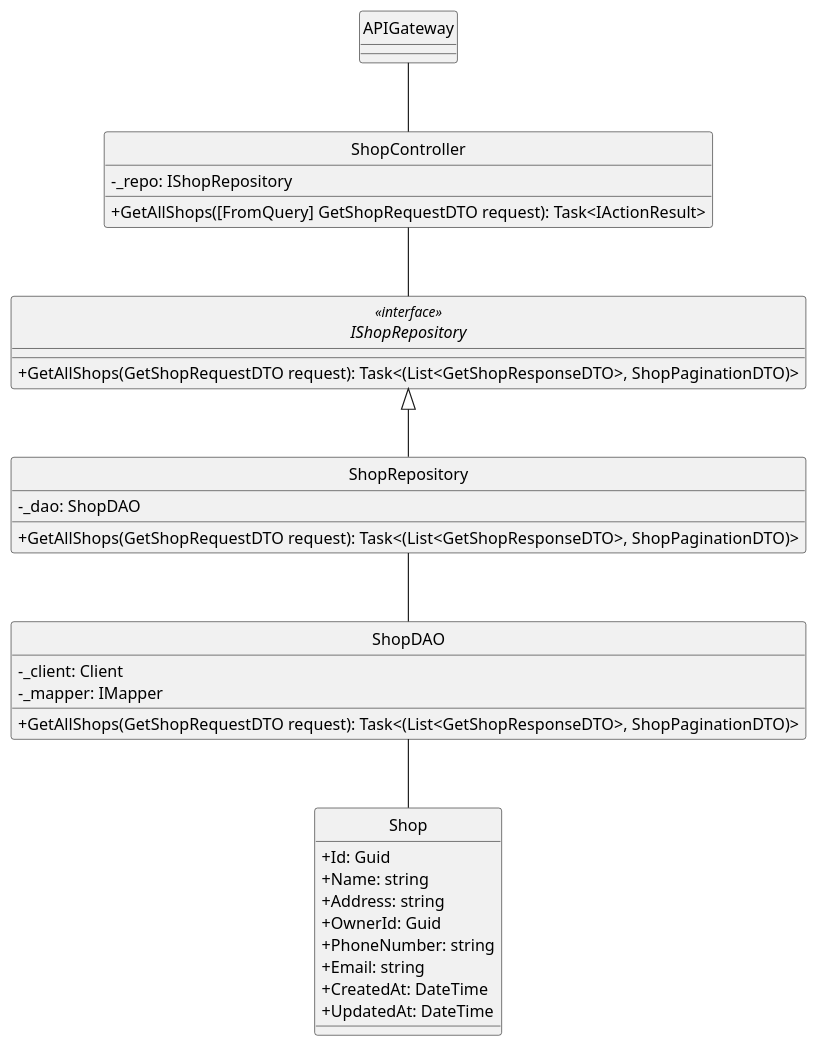
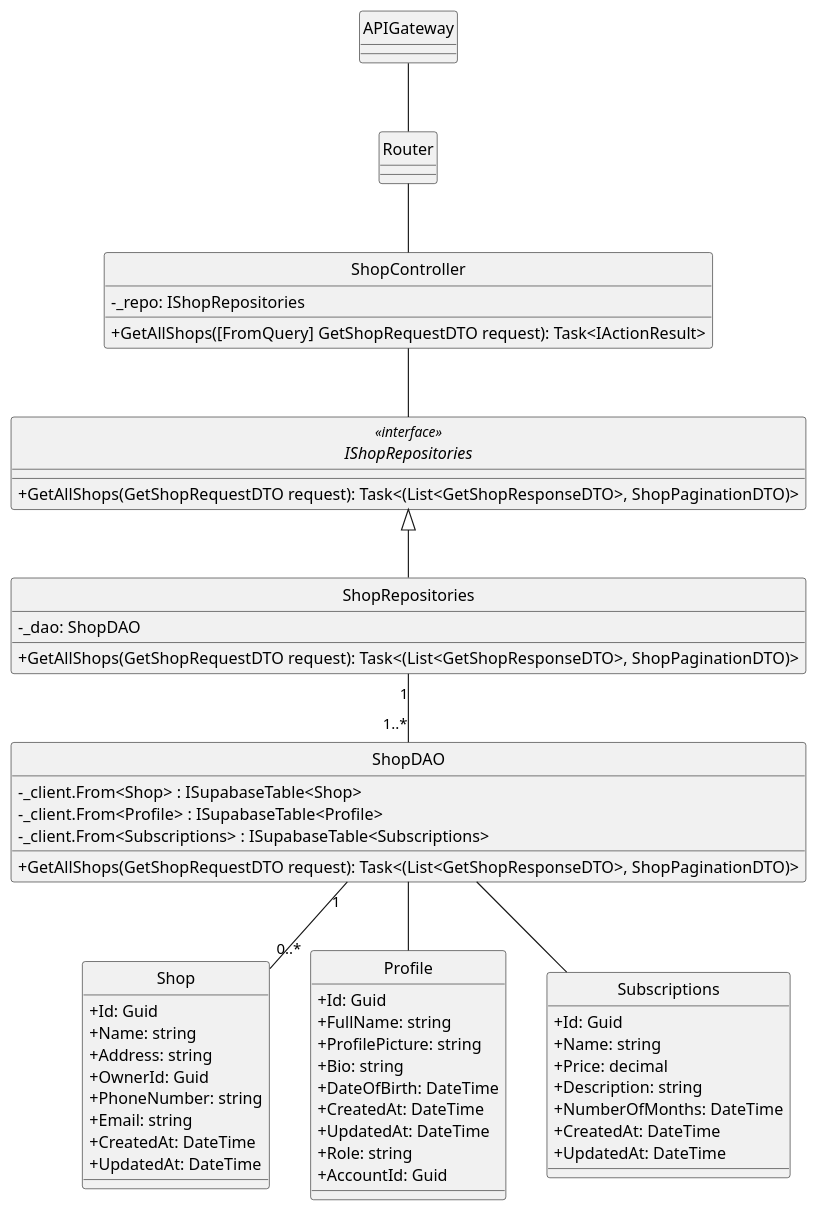
The diagram in docs/ClassDiagram/Shop/GetAllShops.plantuml (minhnhut23/FPT-OBOMS), drawn with PlantUML before and after one commit. The commit also changed 9 other files, not shown here.

```diff
--- a/docs/ClassDiagram/Shop/GetAllShops.plantuml
+++ b/docs/ClassDiagram/Shop/GetAllShops.plantuml
@@ -1,49 +1,77 @@
 @startuml
 hide circle
 skinparam classAttributeIconSize 0
 
 class APIGateway {
 }
 
+class Router {
+}
+
 class ShopController {
-    - _repo: IShopRepository
+    - _repo: IShopRepositories
     + GetAllShops([FromQuery] GetShopRequestDTO request): Task<IActionResult>
 }
 
 ' Repository Interface
-interface IShopRepository<<interface>> {
+interface IShopRepositories<<interface>> {
     + GetAllShops(GetShopRequestDTO request): Task<(List<GetShopResponseDTO>, ShopPaginationDTO)>
 }
 
 ' Repository Implementation
-class ShopRepository {
+class ShopRepositories {
     - _dao: ShopDAO
     + GetAllShops(GetShopRequestDTO request): Task<(List<GetShopResponseDTO>, ShopPaginationDTO)>
 }
 
 ' Data Access Object
 class ShopDAO {
-    - _client: Client
-    - _mapper: IMapper
+    - _client.From<Shop> : ISupabaseTable<Shop>
+    - _client.From<Profile> : ISupabaseTable<Profile>
+    - _client.From<Subscriptions> : ISupabaseTable<Subscriptions>
     + GetAllShops(GetShopRequestDTO request): Task<(List<GetShopResponseDTO>, ShopPaginationDTO)>
 }
 
 ' Domain Model
 class Shop {
     + Id: Guid
     + Name: string
     + Address: string
     + OwnerId: Guid
     + PhoneNumber: string
     + Email: string
     + CreatedAt: DateTime
     + UpdatedAt: DateTime
 }
 
-APIGateway -- ShopController
-ShopController -- IShopRepository
+class Profile {
+    + Id: Guid
+    + FullName: string
+    + ProfilePicture: string
+    + Bio: string
+    + DateOfBirth: DateTime
+    + CreatedAt: DateTime
+    + UpdatedAt: DateTime
+    + Role: string
+    + AccountId: Guid
+}
 
-IShopRepository <|-- ShopRepository
-ShopRepository -- ShopDAO
-ShopDAO -- Shop
+class Subscriptions {
+    + Id: Guid
+    + Name: string
+    + Price: decimal
+    + Description: string
+    + NumberOfMonths: DateTime
+    + CreatedAt: DateTime
+    + UpdatedAt: DateTime
+}
+
+APIGateway --  Router
+Router -- ShopController
+ShopController -- IShopRepositories
+IShopRepositories <|-- ShopRepositories
+ShopRepositories "1"--"1..*" ShopDAO
+ShopDAO "1" -- "0..*" Shop
+ShopDAO -- Profile
+ShopDAO -- Subscriptions
 @enduml
```
